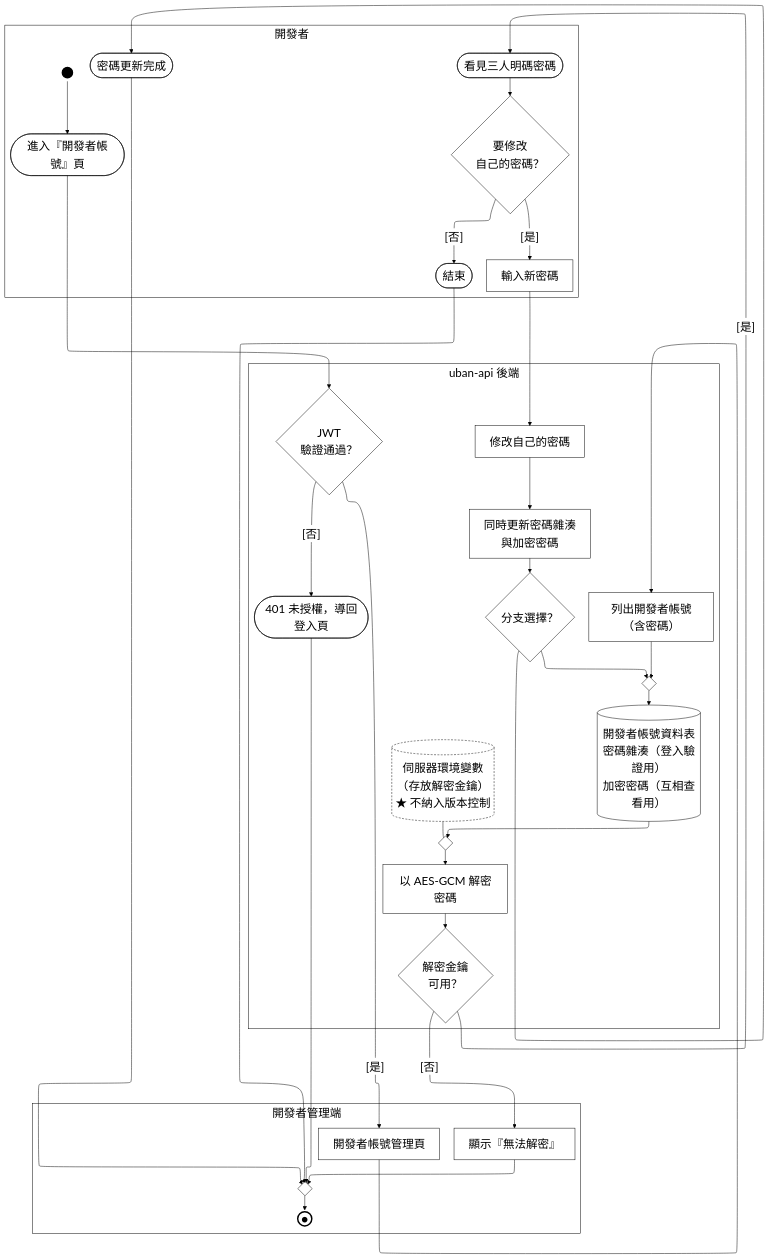
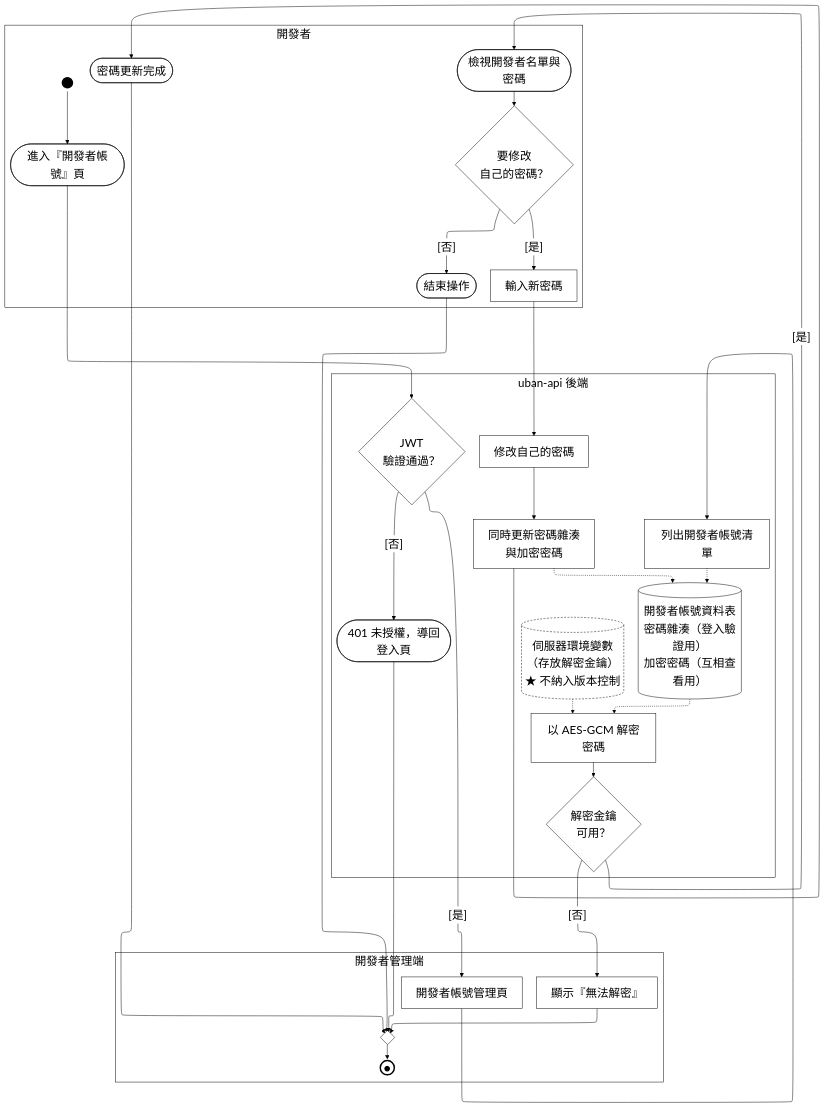
Before and after one commit to HuangYu-Kai/Uban: the diagram in Uban System Documents/mermaid原始碼/A24-帳號安全管理.mmd, drawn with Mermaid. The commit also changed 116 other files, not shown here.

```diff
--- a/Uban System Documents/mermaid原始碼/A24-帳號安全管理.mmd
+++ b/Uban System Documents/mermaid原始碼/A24-帳號安全管理.mmd
@@ -1,68 +1,62 @@
 %%{init:{"layout":"elk","elk":{"mergeEdges":false,"nodePlacementStrategy":"NETWORK_SIMPLEX"},"flowchart":{"htmlLabels":true},"themeVariables":{"clusterBkg":"#FFFFFF","clusterBorder":"#000000","edgeLabelBackground":"#FFFFFF","textColor":"#000000","nodeTextColor":"#000000","titleColor":"#000000","lineColor":"#000000","fontSize":"24px"}}}%%
 flowchart TD
   %% 鎖住泳道順序：ELK 不照宣告順序排，沒有這條鏈後端會跑到最上面
   subgraph ROLE["開發者"]
     PAD_ROLE["&nbsp;&nbsp;&nbsp;&nbsp;&nbsp;&nbsp;&nbsp;&nbsp;&nbsp;&nbsp;&nbsp;&nbsp;&nbsp;&nbsp;&nbsp;&nbsp;&nbsp;&nbsp;&nbsp;&nbsp;&nbsp;&nbsp;&nbsp;&nbsp;&nbsp;&nbsp;&nbsp;&nbsp;&nbsp;&nbsp;&nbsp;&nbsp;&nbsp;&nbsp;&nbsp;&nbsp;&nbsp;&nbsp;&nbsp;&nbsp;&nbsp;&nbsp;&nbsp;&nbsp;&nbsp;&nbsp;&nbsp;&nbsp;&nbsp;&nbsp;&nbsp;&nbsp;&nbsp;&nbsp;&nbsp;&nbsp;&nbsp;&nbsp;&nbsp;&nbsp;&nbsp;&nbsp;&nbsp;&nbsp;&nbsp;&nbsp;&nbsp;&nbsp;&nbsp;&nbsp;&nbsp;&nbsp;&nbsp;&nbsp;&nbsp;&nbsp;&nbsp;"]:::pad
     ST_S1(("&nbsp;")):::term
     S1([進入『開發者帳號』頁]):::act
-    S2(["看見三人明碼密碼"]):::act
+    S2(["檢視開發者名單與密碼"]):::act
     S3{"要修改<br/>自己的密碼？"}:::dec
     S4["輸入新密碼"]:::act
     S5(["密碼更新完成"]):::act
-    E1([結束]):::act
+    E1([結束操作]):::act
   end
   subgraph FE["開發者管理端"]
     PAD_FE["&nbsp;&nbsp;&nbsp;&nbsp;&nbsp;&nbsp;&nbsp;&nbsp;&nbsp;&nbsp;&nbsp;&nbsp;&nbsp;&nbsp;&nbsp;&nbsp;&nbsp;&nbsp;&nbsp;&nbsp;&nbsp;&nbsp;&nbsp;&nbsp;&nbsp;&nbsp;&nbsp;&nbsp;&nbsp;&nbsp;&nbsp;&nbsp;&nbsp;&nbsp;&nbsp;&nbsp;&nbsp;&nbsp;&nbsp;&nbsp;&nbsp;&nbsp;&nbsp;&nbsp;&nbsp;&nbsp;&nbsp;&nbsp;&nbsp;&nbsp;&nbsp;&nbsp;&nbsp;&nbsp;&nbsp;&nbsp;&nbsp;&nbsp;&nbsp;&nbsp;&nbsp;&nbsp;&nbsp;&nbsp;&nbsp;&nbsp;&nbsp;&nbsp;&nbsp;&nbsp;&nbsp;&nbsp;&nbsp;&nbsp;&nbsp;"]:::pad
     A1["開發者帳號管理頁"]:::act
     A2["顯示『無法解密』"]:::act
     M_END{" "}:::dec
     EN_ALL(("●")):::endterm
   end
   subgraph BE["uban-api 後端"]
     G0{"JWT<br/>驗證通過？"}:::dec
-    B1["列出開發者帳號（含密碼）"]:::act
+    B1["列出開發者帳號清單"]:::act
     B2["以 AES-GCM 解密密碼"]:::act
     B3{"解密金鑰<br/>可用？"}:::dec
     B4["修改自己的密碼"]:::act
     B5["同時更新密碼雜湊<br/>與加密密碼"]:::act
     DB[("開發者帳號資料表<br/>密碼雜湊（登入驗證用）<br/>加密密碼（互相查看用）")]:::act
     ENV[("伺服器環境變數<br/>（存放解密金鑰）<br/>★ 不納入版本控制")]:::gap
     X(["401 未授權，導回登入頁"]):::act
-    D_B5{"分支選擇？"}:::dec
-    M_DB{" "}:::dec
-    M_B2{" "}:::dec
   end
 
   ST_S1 --> S1
   S1 --> G0
   G0 -->|"[否]"| X
   G0 -->|"[是]"| A1
   A1 --> B1
-  B1 --> M_DB
-  DB --> M_B2
-  ENV --- M_B2
+  B1 -.-> DB
+  DB -.-> B2
+  ENV -.-> B2
   B2 --> B3
   B3 -->|"[否]"| A2
   B3 -->|"[是]"| S2
   S2 --> S3
   S3 -->|"[否]"| E1
   S3 -->|"[是]"| S4
   S4 --> B4
   B4 --> B5
-  D_B5 --> M_DB
-  D_B5 --> S5
+  B5 -.-> DB
+  B5 --> S5
   S5 --> M_END
   E1 --> M_END
   A2 --> M_END
   X --> M_END
-  B5 --> D_B5
-  M_DB --> DB
-  M_B2 --> B2
   M_END --> EN_ALL
   ROLE ~~~ FE ~~~ BE
   classDef pad  fill:none,stroke:none,color:#FFFFFF
   classDef act  fill:#FFFFFF,stroke:#000000,stroke-width:1px,color:#000000
   classDef dec  fill:#FFFFFF,stroke:#000000,stroke-width:1px,color:#000000
   classDef term fill:#000000,stroke:#000000,stroke-width:3px,color:#000000
   classDef endterm fill:#FFFFFF,stroke:#000000,stroke-width:3px,color:#000000
   classDef gap  fill:#FFFFFF,stroke:#000000,stroke-width:1px,color:#000000,stroke-dasharray:4 3
```
